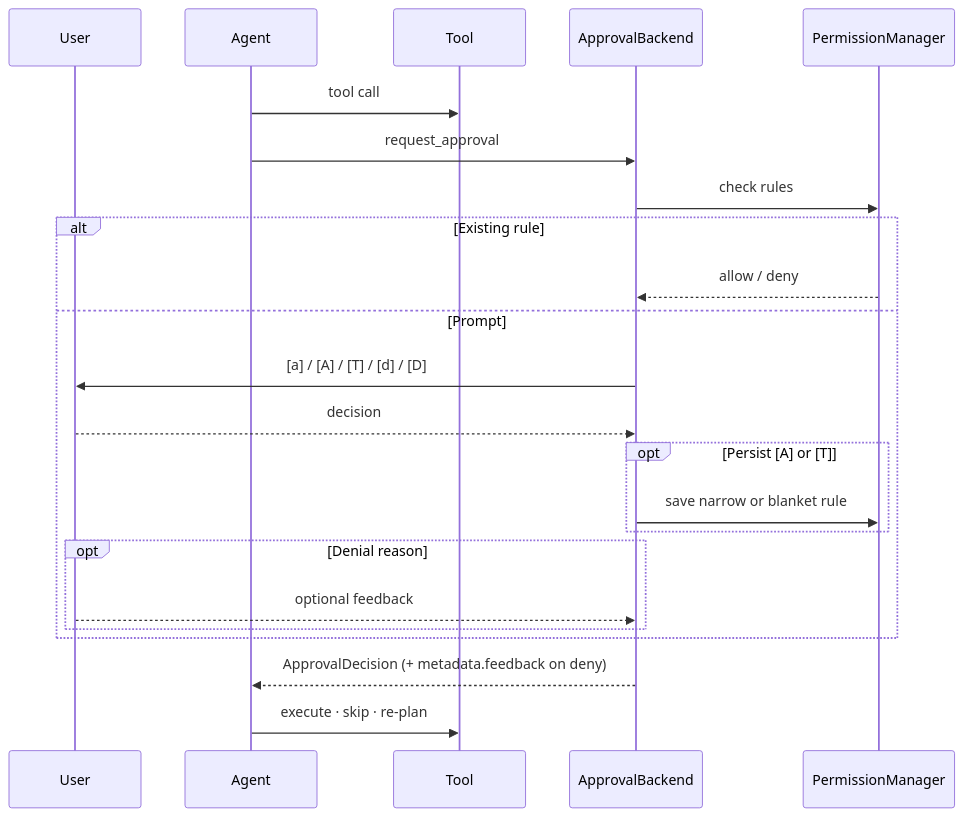
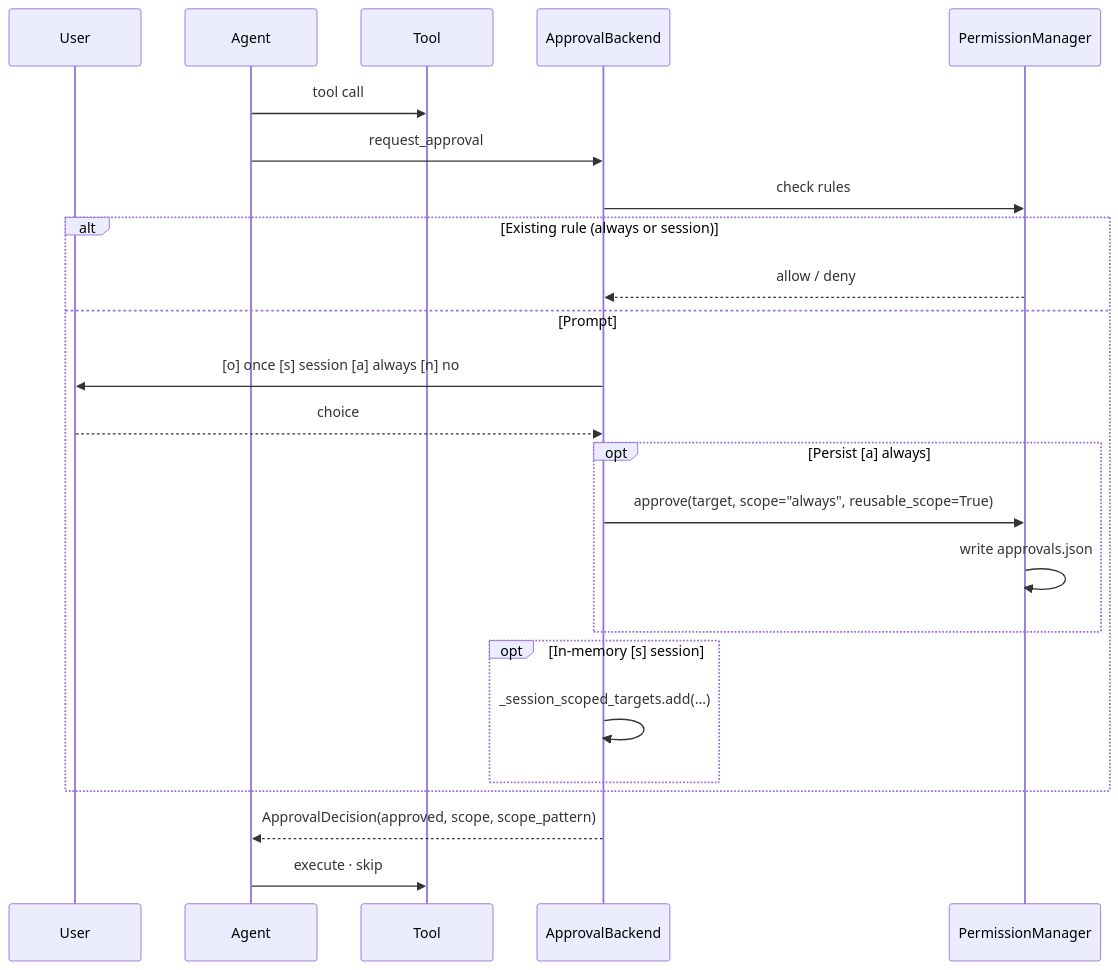
One commit to MervinPraison/PraisonAIDocs changed the second of 4 diagrams in docs/features/interactive-approval.mdx. Above: the diagram before and after it, drawn with Mermaid. The commit also changed other lines of this file and 1 other file, not shown here.

First line of the commit message:
docs: rewrite interactive approval prompt for once/session/always scopes (fixes #1963)

````diff
--- a/docs/features/interactive-approval.mdx
+++ b/docs/features/interactive-approval.mdx
@@ -103,26 +106,27 @@
 ```mermaid
 sequenceDiagram
     participant U as User
     participant A as Agent
     participant T as Tool
     participant B as ApprovalBackend
     participant PM as PermissionManager
 
     A->>T: tool call
     A->>B: request_approval
     B->>PM: check rules
-    alt Existing rule
+    alt Existing rule (always or session)
         PM-->>B: allow / deny
     else Prompt
-        B->>U: [a] / [A] / [T] / [d] / [D]
-        U-->>B: decision
-        opt Persist [A] or [T]
-            B->>PM: save narrow or blanket rule
+        B->>U: [o] once  [s] session  [a] always  [n] no
+        U-->>B: choice
+        opt Persist [a] always
+            B->>PM: approve(target, scope="always", reusable_scope=True)
+            PM->>PM: write approvals.json
         end
-        opt Denial reason
-            U-->>B: optional feedback
+        opt In-memory [s] session
+            B->>B: _session_scoped_targets.add(...)
         end
     end
-    B-->>A: ApprovalDecision (+ metadata.feedback on deny)
-    A->>T: execute · skip · re-plan
+    B-->>A: ApprovalDecision(approved, scope, scope_pattern)
+    A->>T: execute · skip
 ```
````
